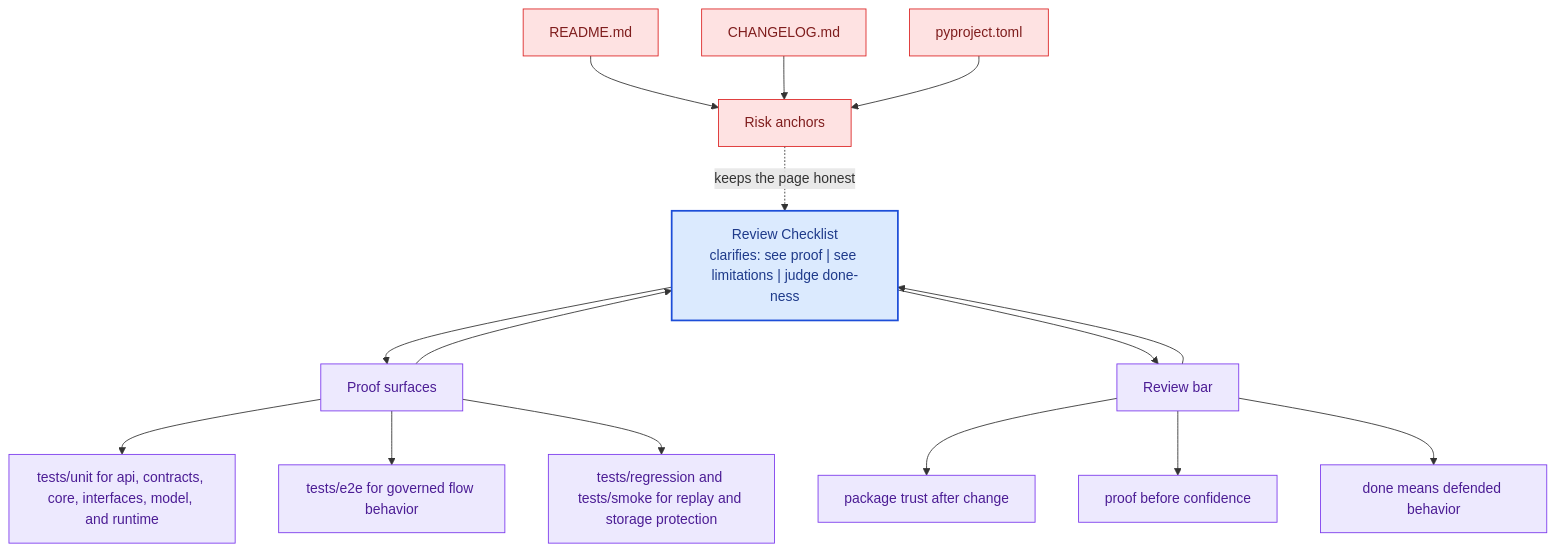
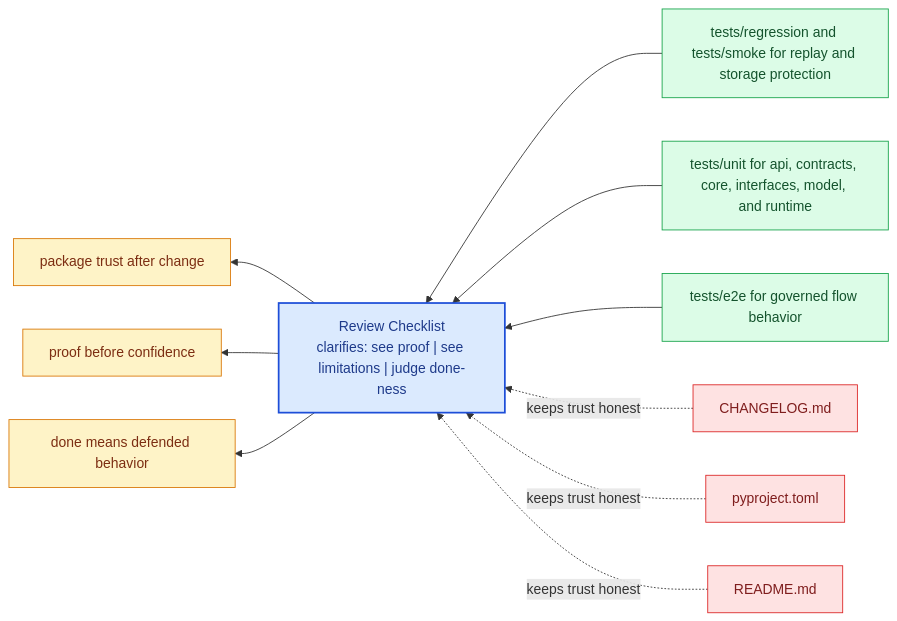
Before and after one commit to bijux/bijux-canon: the diagram in docs/bijux-canon-runtime/quality/review-checklist.md, drawn with Mermaid. The commit also changed other lines of this file and 281 other files, not shown here.

Commit message:
docs(diagrams): replace repeated mermaid scaffolds with page-specific summaries

````diff
--- a/docs/bijux-canon-runtime/quality/review-checklist.md
+++ b/docs/bijux-canon-runtime/quality/review-checklist.md
@@ -67,41 +22,31 @@
 ```mermaid
-flowchart TB
-    promise["Review Checklist<br/>clarifies: see proof | see limitations | judge done-ness"]
-    classDef promise fill:#dbeafe,stroke:#1d4ed8,color:#1e3a8a,stroke-width:2px;
-    classDef driver fill:#dcfce7,stroke:#16a34a,color:#14532d;
-    classDef constraint fill:#fee2e2,stroke:#dc2626,color:#7f1d1d;
-    classDef ground fill:#ede9fe,stroke:#7c3aed,color:#4c1d95;
-    focus1["Proof surfaces"]
-    focus1 --> promise
-    promise --> focus1
-    focus1_1["tests/unit for api, contracts, core, interfaces, model, and runtime"]
-    focus1 --> focus1_1
-    focus1_2["tests/e2e for governed flow behavior"]
-    focus1 --> focus1_2
-    focus1_3["tests/regression and tests/smoke for replay and storage protection"]
-    focus1 --> focus1_3
-    class focus1 ground;
-    class focus1_1,focus1_2,focus1_3 ground;
-    focus2["Risk anchors"]
-    focus2 -.keeps the page honest.-> promise
-    focus2_1["README.md"]
-    focus2_1 --> focus2
-    focus2_2["CHANGELOG.md"]
-    focus2_2 --> focus2
-    focus2_3["pyproject.toml"]
-    focus2_3 --> focus2
-    class focus2 constraint;
-    class focus2_1,focus2_2,focus2_3 constraint;
-    focus3["Review bar"]
-    focus3 --> promise
-    promise --> focus3
-    focus3_1["package trust after change"]
-    focus3 --> focus3_1
-    focus3_2["proof before confidence"]
-    focus3 --> focus3_2
-    focus3_3["done means defended behavior"]
-    focus3 --> focus3_3
-    class focus3 ground;
-    class focus3_1,focus3_2,focus3_3 ground;
-    class promise promise;
+flowchart RL
+    page["Review Checklist<br/>clarifies: see proof | see limitations | judge done-ness"]
+    classDef page fill:#dbeafe,stroke:#1d4ed8,color:#1e3a8a,stroke-width:2px;
+    classDef positive fill:#dcfce7,stroke:#16a34a,color:#14532d;
+    classDef caution fill:#fee2e2,stroke:#dc2626,color:#7f1d1d;
+    classDef anchor fill:#ede9fe,stroke:#7c3aed,color:#4c1d95;
+    classDef action fill:#fef3c7,stroke:#d97706,color:#7c2d12;
+    proof1["tests/regression and tests/smoke for replay and storage protection"]
+    proof1 --> page
+    proof2["tests/unit for api, contracts, core, interfaces, model, and runtime"]
+    proof2 --> page
+    proof3["tests/e2e for governed flow behavior"]
+    proof3 --> page
+    risk1["CHANGELOG.md"]
+    risk1 -.keeps trust honest.-> page
+    risk2["pyproject.toml"]
+    risk2 -.keeps trust honest.-> page
+    risk3["README.md"]
+    risk3 -.keeps trust honest.-> page
+    bar1["package trust after change"]
+    page --> bar1
+    bar2["proof before confidence"]
+    page --> bar2
+    bar3["done means defended behavior"]
+    page --> bar3
+    class page page;
+    class proof1,proof2,proof3 positive;
+    class risk1,risk2,risk3 caution;
+    class bar1,bar2,bar3 action;
 ```
````
